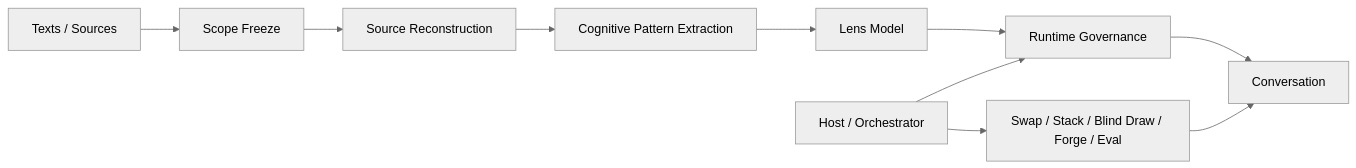
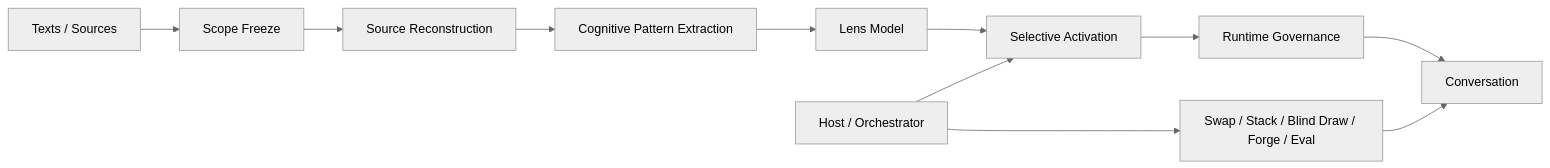
Before and after one commit to cloud-flow-high/cognitive-lenses: the first of 2 diagrams in README.md, drawn with Mermaid (neutral theme). The commit also changed other lines of this file, not shown here.

Commit message:
Promote selective activation into core architecture

````diff
--- a/README.md
+++ b/README.md
@@ -85,13 +83,14 @@
 ```mermaid
 flowchart LR
     A["Texts / Sources"] --> B["Scope Freeze"]
     B --> C["Source Reconstruction"]
     C --> D["Cognitive Pattern Extraction"]
     D --> E["Lens Model"]
-    E --> F["Runtime Governance"]
+    E --> S["Selective Activation"]
+    S --> F["Runtime Governance"]
     F --> G["Conversation"]
 
-    H["Host / Orchestrator"] --> F
+    H["Host / Orchestrator"] --> S
     H --> I["Swap / Stack / Blind Draw / Forge / Eval"]
     I --> G
 ```
````
